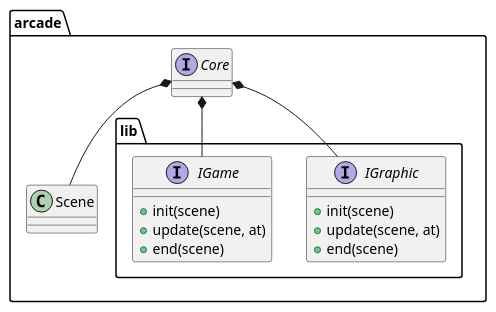
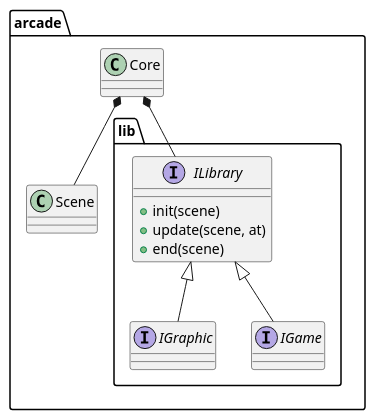
Before and after one commit to Pebloop/Arcade-Toulouse: the diagram in doc/src/class_arcade.pu, drawn with PlantUML. The commit also changed 2 other files, not shown here.

```diff
--- a/doc/src/class_arcade.pu
+++ b/doc/src/class_arcade.pu
@@ -1,31 +1,33 @@
 @startuml core
 
 set namespaceSeparator ::
 
 namespace arcade {
-    interface Core
+    class Core
 
     namespace lib {
-        interface IGraphic {
+
+        interface ILibrary {
             + init(scene)
             + update(scene, at)
             + end(scene)
         }
 
+        interface IGraphic {
+        }
+
         interface IGame {
-            + init(scene)
-            + update(scene, at)
-            + end(scene)
         }
 
     }
 
     class Scene
 
-    arcade::lib::IGraphic -up-* arcade::Core
-    arcade::lib::IGame -up-* arcade::Core
+    arcade::lib::ILibrary -up-* arcade::Core
+    arcade::lib::IGraphic -up-|> arcade::lib::ILibrary
+    arcade::lib::IGame -up-|> arcade::lib::ILibrary
     arcade::Scene -up-* arcade::Core
 
 }
 
 @enduml
```
